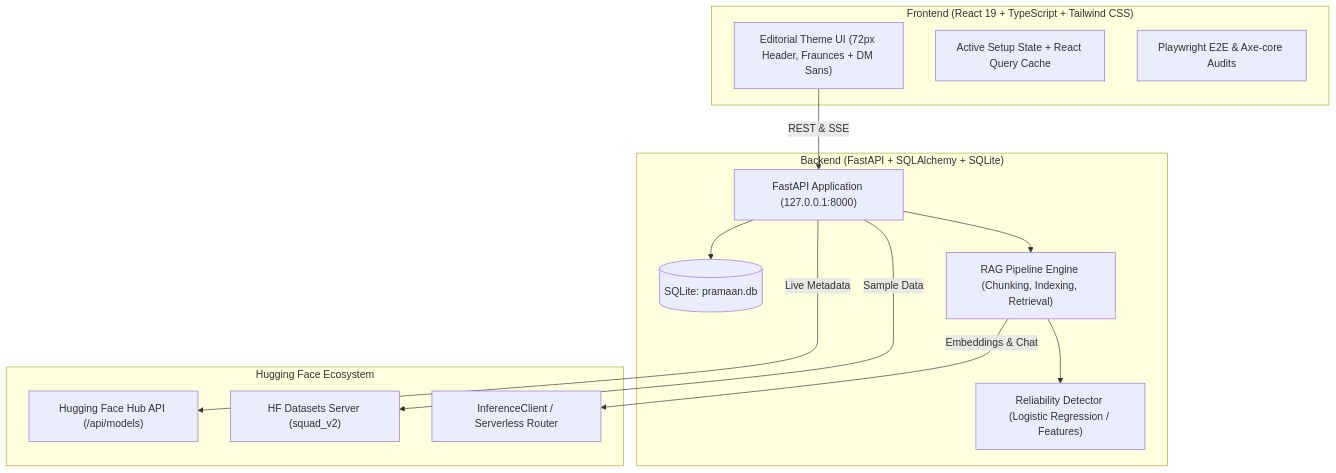
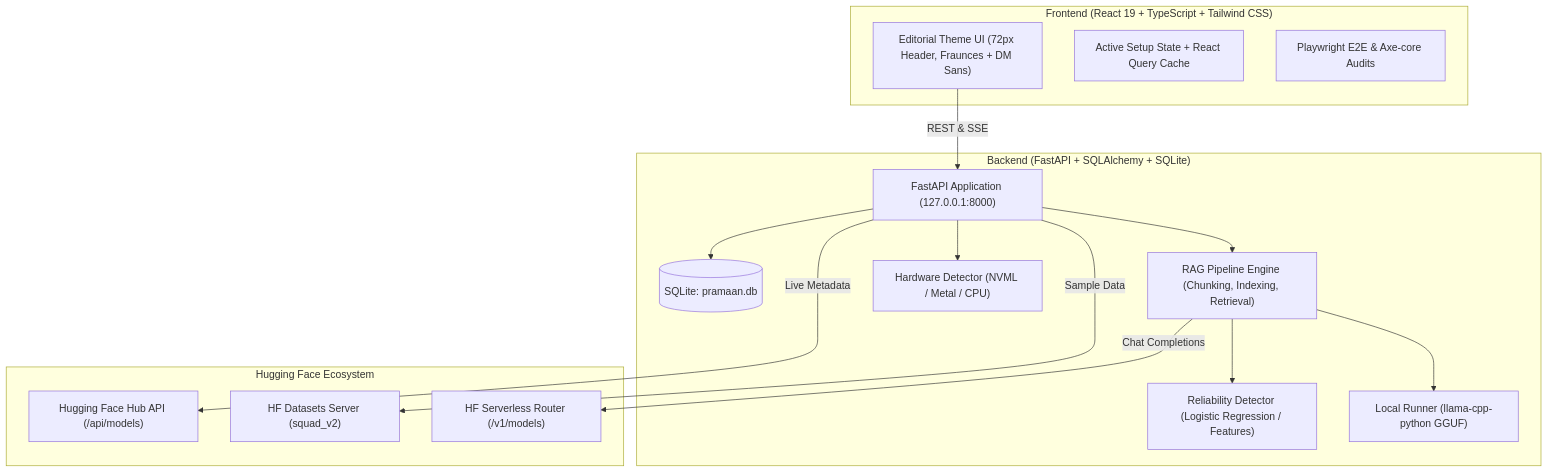
The diagram in README.md (Puravshah321/pramaan-ai), drawn with Mermaid before and after one commit. The commit also changed other lines of this file and 43 other files, not shown here.

Commit message:
feat: complete REDESIGN v4 - dual execution paths, real local GGUF runner, NVML detection, zero silent fallbacks, run audit, and live 50-Q benchmark

````diff
--- a/README.md
+++ b/README.md
@@ -67,29 +81,33 @@
 ```mermaid
 flowchart TD
     subgraph Client ["Frontend (React 19 + TypeScript + Tailwind CSS)"]
         UI["Editorial Theme UI (72px Header, Fraunces + DM Sans)"]
         State["Active Setup State + React Query Cache"]
         Playwright["Playwright E2E & Axe-core Audits"]
     end
 
     subgraph Server ["Backend (FastAPI + SQLAlchemy + SQLite)"]
         Router["FastAPI Application (127.0.0.1:8000)"]
         DB[(SQLite: pramaan.db)]
         Engine["RAG Pipeline Engine (Chunking, Indexing, Retrieval)"]
         Checker["Reliability Detector (Logistic Regression / Features)"]
+        LocalRunner["Local Runner (llama-cpp-python GGUF)"]
+        HWDetect["Hardware Detector (NVML / Metal / CPU)"]
     end
 
     subgraph HuggingFace ["Hugging Face Ecosystem"]
         Hub["Hugging Face Hub API (/api/models)"]
         Datasets["HF Datasets Server (squad_v2)"]
-        Inference["InferenceClient / Serverless Router"]
+        HFRouter["HF Serverless Router (/v1/models)"]
     end
 
     UI -->|REST & SSE| Router
     Router --> DB
     Router --> Engine
+    Router --> HWDetect
+    Engine --> LocalRunner
     Engine --> Checker
     Router -->|Live Metadata| Hub
     Router -->|Sample Data| Datasets
-    Engine -->|Embeddings & Chat| Inference
+    Engine -->|Chat Completions| HFRouter
 ```
````
